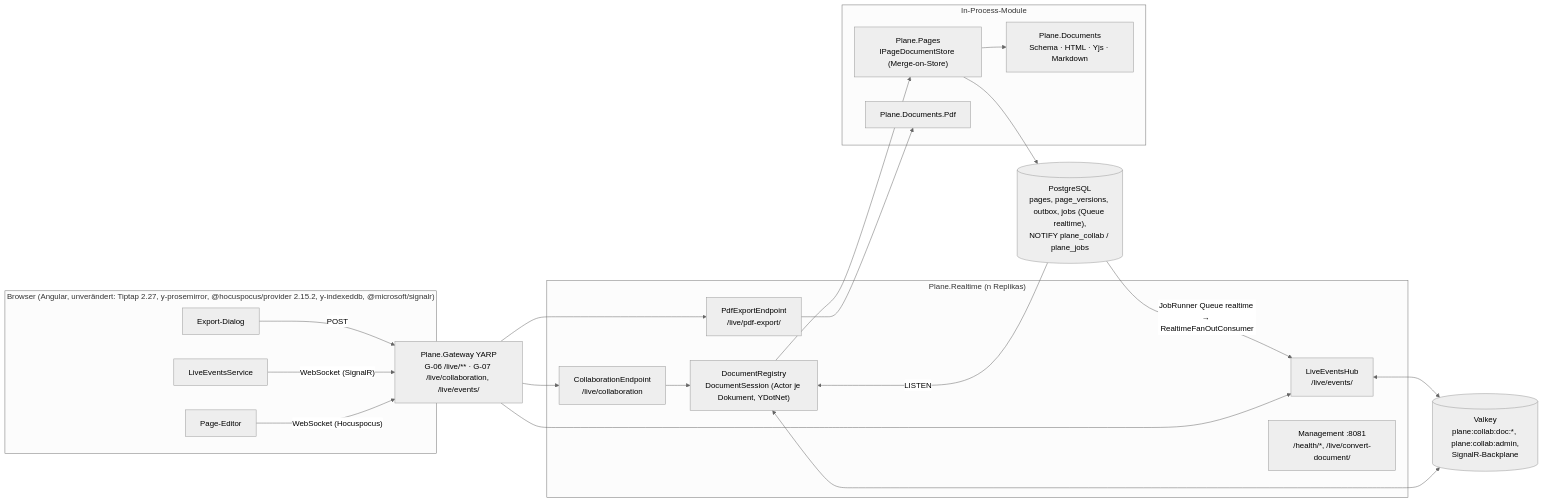
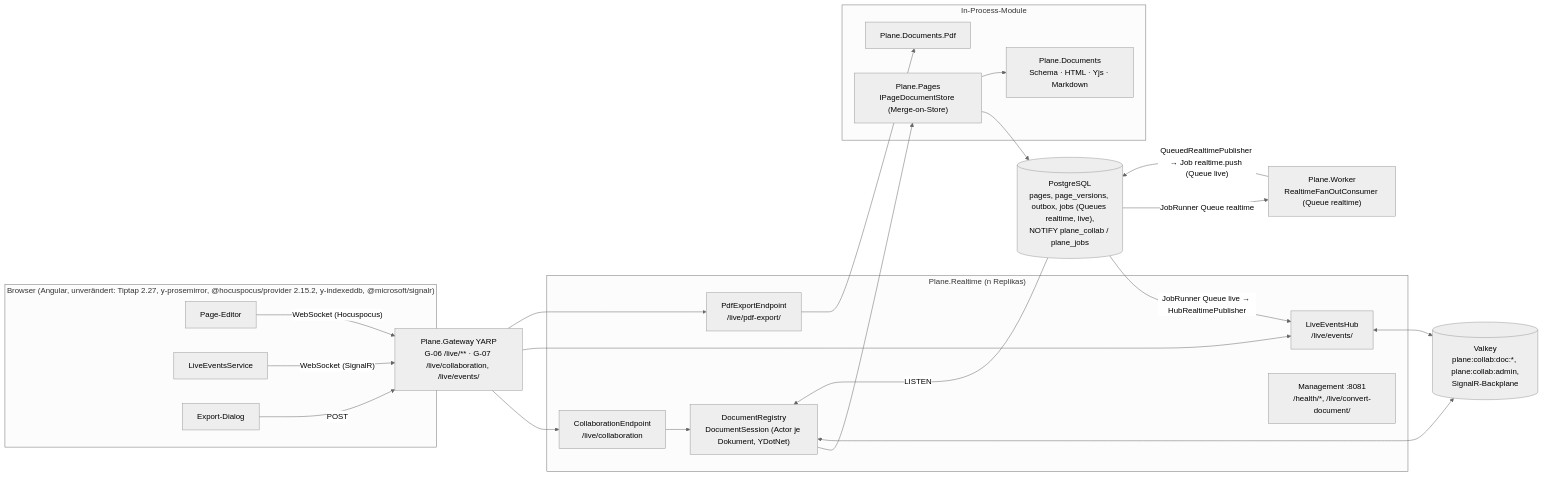
One commit to mlwr/plane changed the first of 4 diagrams in migration/architecture/07-realtime-kollaboration-dokumente.md. Above: the diagram before and after it, drawn with Mermaid (neutral theme). The commit also changed other lines of this file and 18 other files, not shown here.

First line of the commit message:
docs(migration): second alignment round and funk. branding across architecture docs

````diff
--- a/migration/architecture/07-realtime-kollaboration-dokumente.md
+++ b/migration/architecture/07-realtime-kollaboration-dokumente.md
@@ -103,32 +103,35 @@
 ```mermaid
 flowchart LR
   subgraph Browser["Browser (Angular, unverändert: Tiptap 2.27, y-prosemirror, @hocuspocus/provider 2.15.2, y-indexeddb, @microsoft/signalr)"]
     ED[Page-Editor]
     LE[LiveEventsService]
     EX[Export-Dialog]
   end
   GW["Plane.Gateway YARP<br/>G-06 /live/** · G-07 /live/collaboration, /live/events/"]
   subgraph RT["Plane.Realtime (n Replikas)"]
     WS["CollaborationEndpoint<br/>/live/collaboration"]
     REG["DocumentRegistry<br/>DocumentSession (Actor je Dokument, YDotNet)"]
     HUB["LiveEventsHub<br/>/live/events/"]
     PDF["PdfExportEndpoint<br/>/live/pdf-export/"]
     MGMT["Management :8081<br/>/health/*, /live/convert-document/"]
   end
   subgraph Mods["In-Process-Module"]
     PG["Plane.Pages<br/>IPageDocumentStore (Merge-on-Store)"]
     DOC["Plane.Documents<br/>Schema · HTML · Yjs · Markdown"]
     DPDF["Plane.Documents.Pdf"]
   end
   VK[("Valkey<br/>plane:collab:doc:*, plane:collab:admin,<br/>SignalR-Backplane")]
-  PGS[("PostgreSQL<br/>pages, page_versions, outbox, jobs (Queue realtime),<br/>NOTIFY plane_collab / plane_jobs")]
+  PGS[("PostgreSQL<br/>pages, page_versions, outbox, jobs (Queues realtime, live),<br/>NOTIFY plane_collab / plane_jobs")]
   ED -->|"WebSocket (Hocuspocus)"| GW --> WS --> REG
   LE -->|"WebSocket (SignalR)"| GW --> HUB
   EX -->|POST| GW --> PDF --> DPDF
   REG --> PG --> PGS
   PG --> DOC
   REG <--> VK
   PGS -->|LISTEN| REG
-  PGS -->|"JobRunner Queue realtime → RealtimeFanOutConsumer"| HUB
+  WK["Plane.Worker<br/>RealtimeFanOutConsumer (Queue realtime)"]
+  PGS -->|"JobRunner Queue realtime"| WK
+  WK -->|"QueuedRealtimePublisher → Job realtime.push (Queue live)"| PGS
+  PGS -->|"JobRunner Queue live → HubRealtimePublisher"| HUB
   HUB <--> VK
 ```
````
